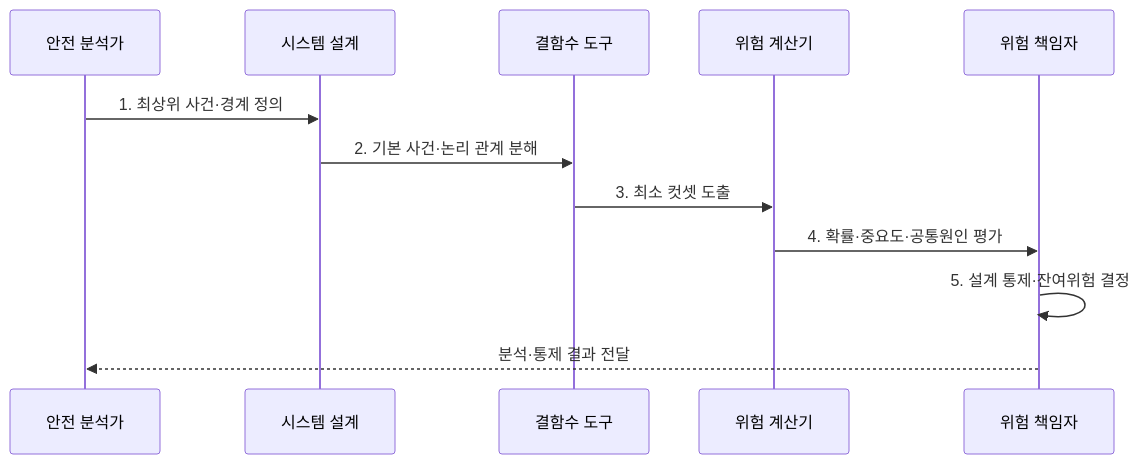
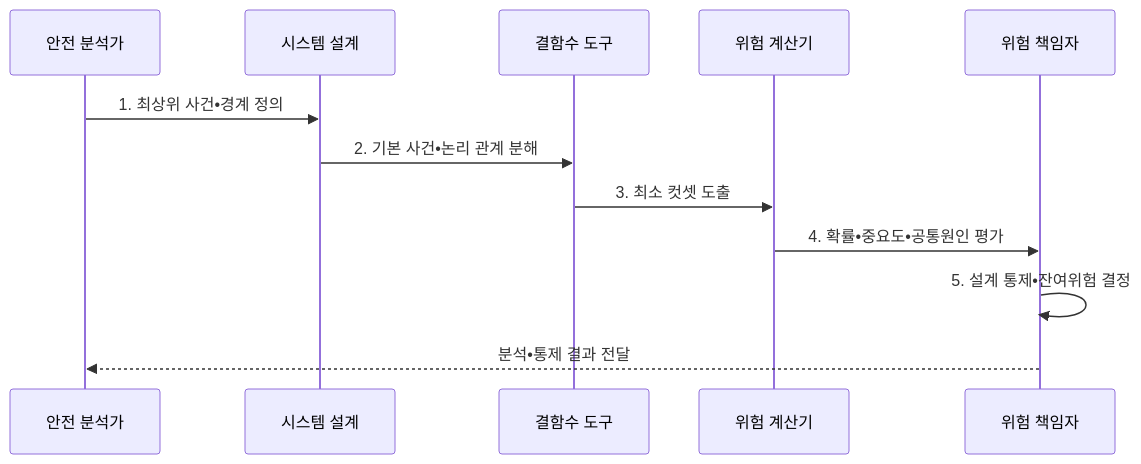
One commit to agnusdei1207/knowledge-base changed the second of 2 diagrams in src/content/docs/notes/06-evaluation/026_fault_tree_analysis.md. Above: the diagram before and after it, drawn with Mermaid. The commit also changed other lines of this file and 953 other files, not shown here.

````diff
--- a/src/content/docs/notes/06-evaluation/026_fault_tree_analysis.md
+++ b/src/content/docs/notes/06-evaluation/026_fault_tree_analysis.md
@@ -102,14 +102,14 @@
 ```mermaid
 sequenceDiagram
   participant A as 안전 분석가
   participant S as 시스템 설계
   participant T as 결함수 도구
   participant Q as 위험 계산기
   participant O as 위험 책임자
-  A->>S: 1. 최상위 사건·경계 정의
-  S->>T: 2. 기본 사건·논리 관계 분해
+  A->>S: 1. 최상위 사건•경계 정의
+  S->>T: 2. 기본 사건•논리 관계 분해
   T->>Q: 3. 최소 컷셋 도출
-  Q->>O: 4. 확률·중요도·공통원인 평가
-  O->>O: 5. 설계 통제·잔여위험 결정
-  O-->>A: 분석·통제 결과 전달
+  Q->>O: 4. 확률•중요도•공통원인 평가
+  O->>O: 5. 설계 통제•잔여위험 결정
+  O-->>A: 분석•통제 결과 전달
 ```
````
